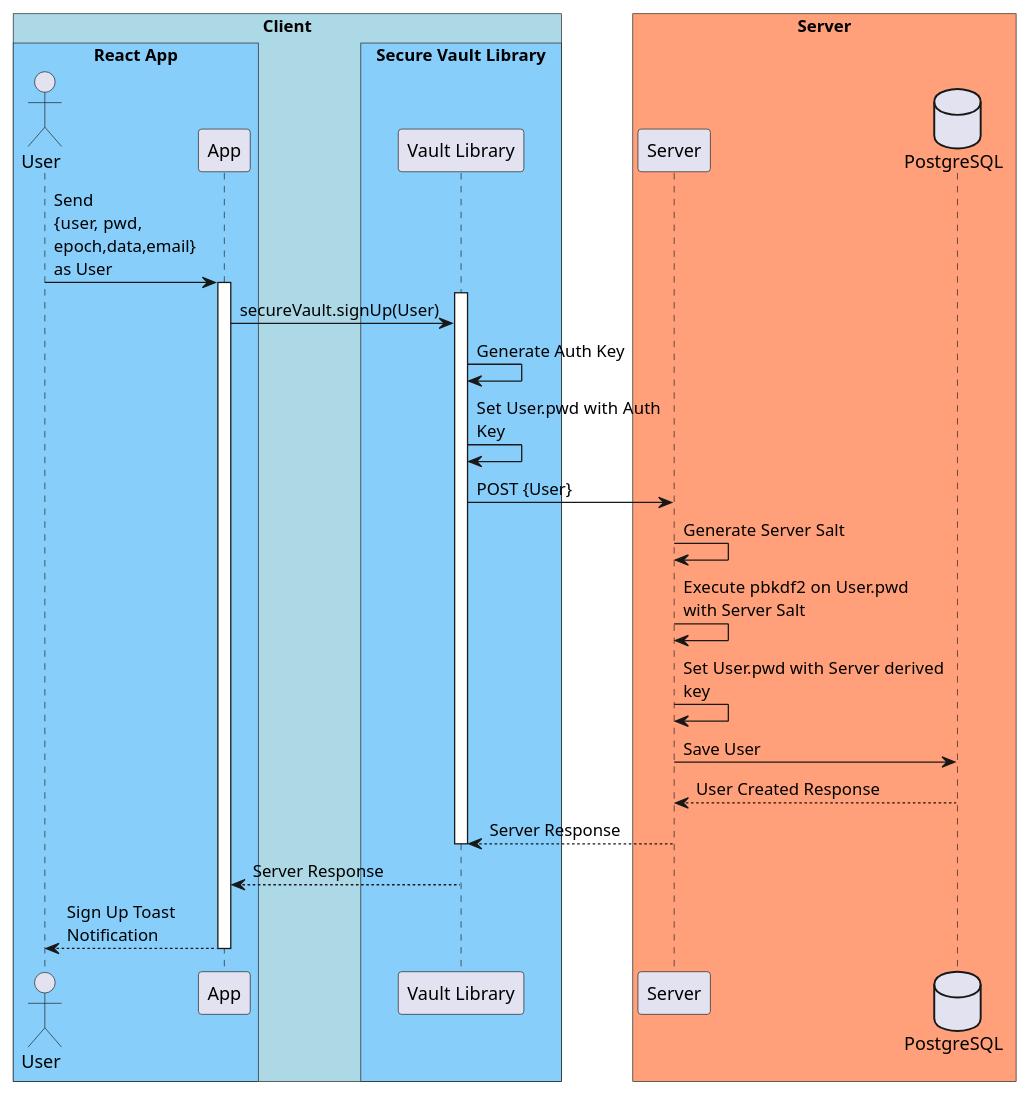
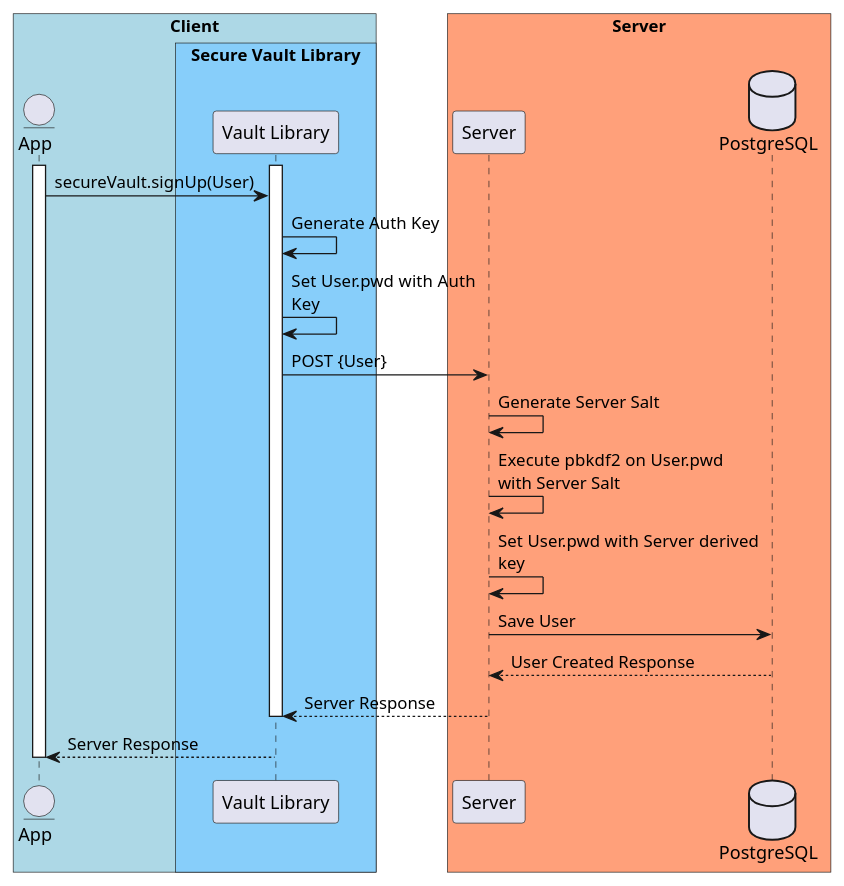
One commit to alexisruiz96/secure-vault changed the diagram in diagrams/signup.puml. Above: the diagram before and after it, drawn with PlantUML. The commit also changed 16 other files, not shown here.

Commit message:
Update flow diagrams

```diff
--- a/diagrams/signup.puml
+++ b/diagrams/signup.puml
@@ -1,37 +1,32 @@
-@startuml SignUp
+@startuml SignUpV2
 !pragma teoz true
 
 box "Client" #LightBlue
-box "React App" #LightSkyBlue
-actor User
-participant App
-end box
+entity App
 box "Secure Vault Library" #LightSkyBlue
 participant "Vault Library" as SVC
 end box
 end box
 box "Server" #LightSalmon
 participant Server
 database PostgreSQL
 end box
 
-User -> App: Send \n{user, pwd,\nepoch,data,email}\nas User
 activate App
 activate SVC
 App -> SVC: secureVault.signUp(User)
 SVC -> SVC: Generate Auth Key
 SVC -> SVC: Set User.pwd with Auth \nKey
 SVC -> Server: POST {User}
 Server -> Server: Generate Server Salt
 Server -> Server: Execute pbkdf2 on User.pwd\nwith Server Salt
 Server -> Server: Set User.pwd with Server derived \nkey
 Server -> PostgreSQL: Save User
 Server <-- PostgreSQL: User Created Response
 SVC <-- Server: Server Response
 deactivate SVC
 App <-- SVC: Server Response
-User <-- App: Sign Up Toast \nNotification
 deactivate App
 
 {start} <-> {end} : 5 seconds timeout
 @enduml
```
